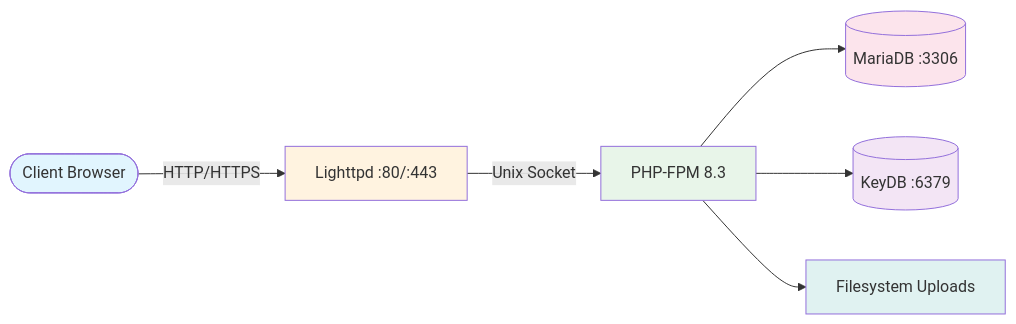
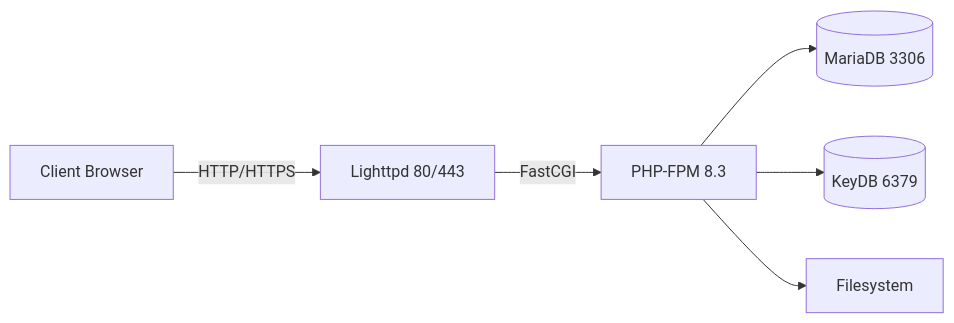
One commit to mareksagan/QuickPress changed the diagram in README.md. Above: the diagram before and after it, drawn with Mermaid.

Commit message:
Diagram updated

````diff
--- a/README.md
+++ b/README.md
@@ -176,15 +176,8 @@
 ```mermaid
-flowchart LR
-    Client([Client Browser]) -->|HTTP/HTTPS| Lighttpd[Lighttpd :80/:443]
-    Lighttpd -->|Unix Socket| PHP[PHP-FPM 8.3]
-    PHP --> MariaDB[(MariaDB :3306)]
-    PHP --> KeyDB[(KeyDB :6379)]
-    PHP --> Filesystem[Filesystem Uploads]
-    
-    style Client fill:#e1f5fe
-    style Lighttpd fill:#fff3e0
-    style PHP fill:#e8f5e9
-    style MariaDB fill:#fce4ec
-    style KeyDB fill:#f3e5f5
-    style Filesystem fill:#e0f2f1
+graph LR
+    A[Client Browser] -->|HTTP/HTTPS| B[Lighttpd 80/443]
+    B -->|FastCGI| C[PHP-FPM 8.3]
+    C --> D[(MariaDB 3306)]
+    C --> E[(KeyDB 6379)]
+    C --> F[Filesystem]
 ```
````
